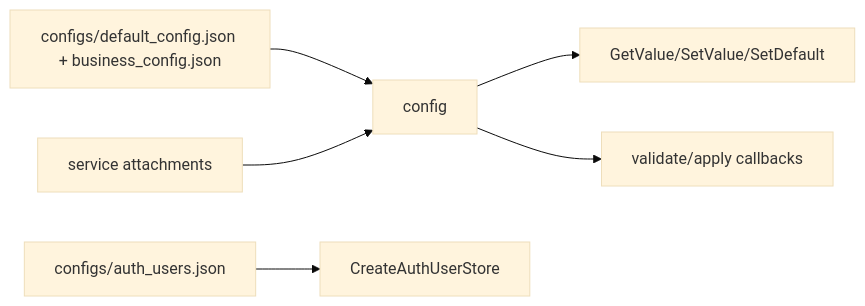
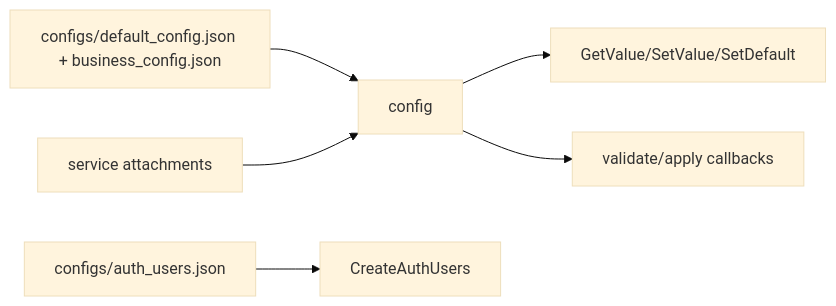
Before and after one commit to 373699756/live_stream: the diagram in docs/libs/config.md, drawn with Mermaid (base theme). The commit also changed other lines of this file and 28 other files, not shown here.

````diff
--- a/docs/libs/config.md
+++ b/docs/libs/config.md
@@ -15,8 +15,8 @@
 ```mermaid
 flowchart LR
   Files[configs/default_config.json + business_config.json] --> Config[config]
   Modules[service attachments] --> Config
   Config --> GetSet[GetValue/SetValue/SetDefault]
   Config --> Apply[validate/apply callbacks]
-  AuthUsers[configs/auth_users.json] --> UserStore[CreateAuthUserStore]
+  AuthUsers[configs/auth_users.json] --> Auth[CreateAuthUsers]
 ```
````
